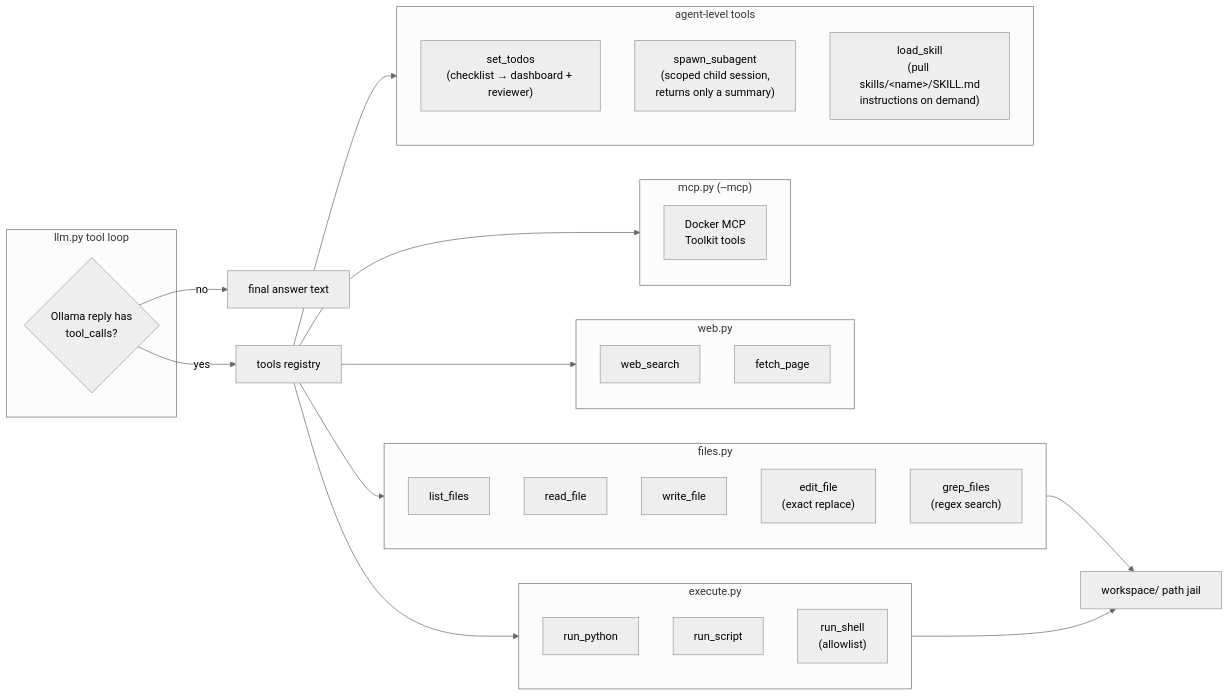
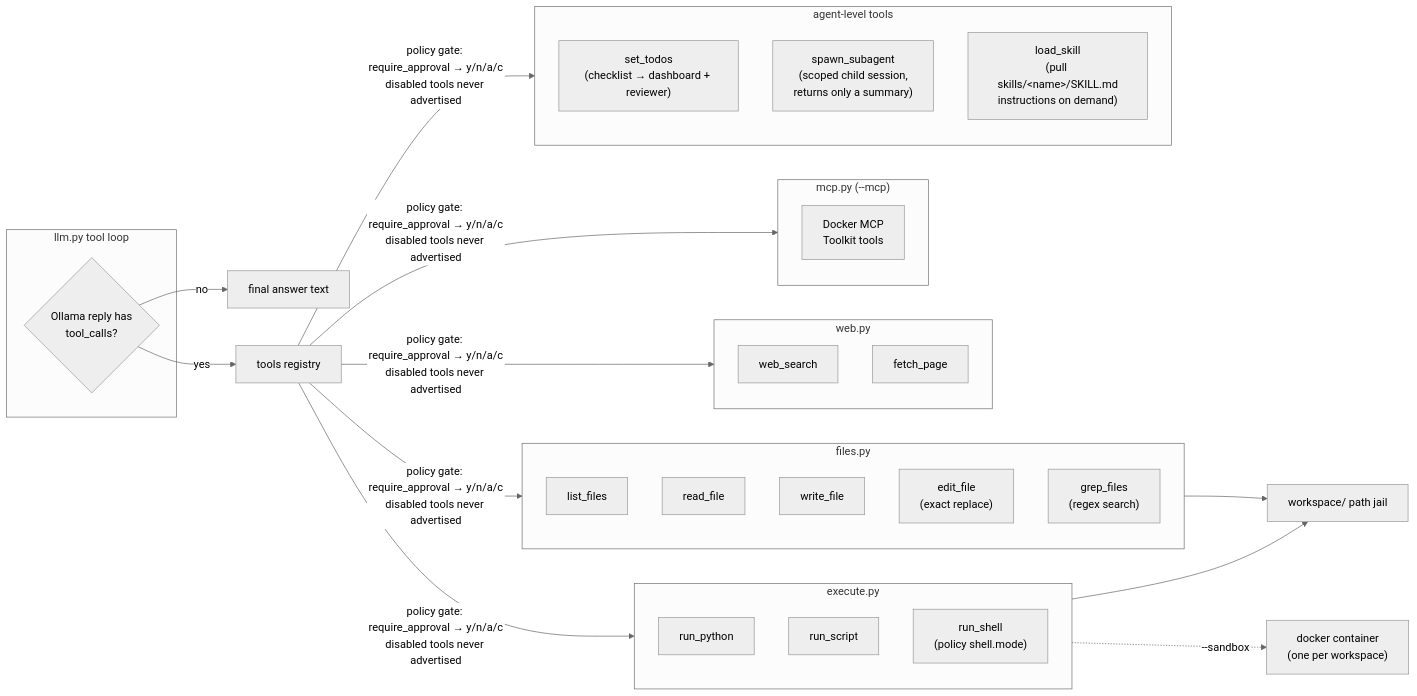
One commit to jacksonmac/agent changed the fourth of 4 diagrams in Readme.md. Above: the diagram before and after it, drawn with Mermaid (neutral theme). The commit also changed other lines of this file, not shown here.

First line of the commit message:
Bring the README diagrams back in line with the code

````diff
--- a/Readme.md
+++ b/Readme.md
@@ -266,27 +288,28 @@
 ```mermaid
 flowchart LR
     subgraph session ["llm.py tool loop"]
         D{"Ollama reply has<br/>tool_calls?"}
     end
     D -->|no| ANS["final answer text"]
     D -->|yes| REG["tools registry"]
     subgraph filet ["files.py"]
         LF[list_files] & RF[read_file] & WF[write_file] & EF["edit_file<br/>(exact replace)"] & GF["grep_files<br/>(regex search)"]
     end
     subgraph exect ["execute.py"]
-        RP[run_python] & RS[run_script] & SH["run_shell<br/>(allowlist)"]
+        RP[run_python] & RS[run_script] & SH["run_shell<br/>(policy shell.mode)"]
     end
     subgraph webt ["web.py"]
         WSR[web_search] & FP[fetch_page]
     end
     subgraph mcpt ["mcp.py (--mcp)"]
         MT["Docker MCP<br/>Toolkit tools"]
     end
     subgraph agentt ["agent-level tools"]
         ST["set_todos<br/>(checklist → dashboard + reviewer)"]
         SA["spawn_subagent<br/>(scoped child session,<br/>returns only a summary)"]
         LS["load_skill<br/>(pull skills/&lt;name&gt;/SKILL.md<br/>instructions on demand)"]
     end
-    REG --> filet & exect & webt & mcpt & agentt
+    REG -->|"policy gate: require_approval → y/n/a/c<br/>disabled tools never advertised"| filet & exect & webt & mcpt & agentt
     filet & exect --> JAIL["workspace/ path jail"]
+    exect -.->|"--sandbox"| BOX["docker container<br/>(one per workspace)"]
 ```
````
